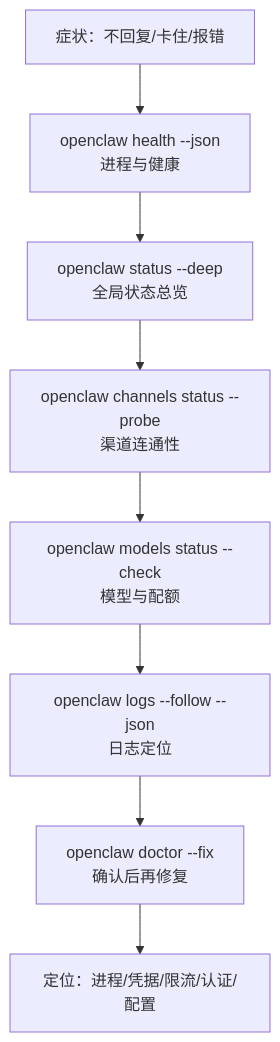
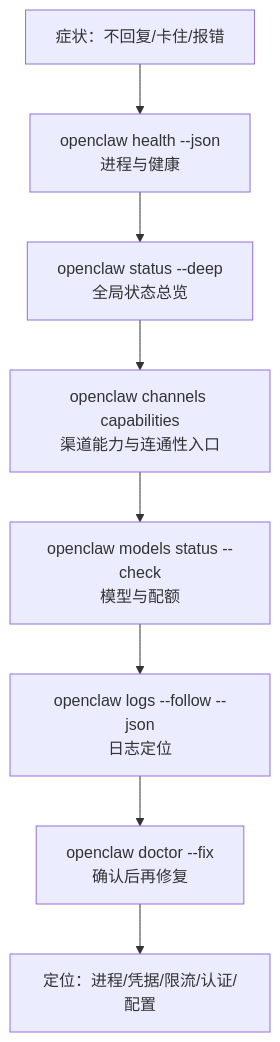
One commit to yeasy/openclaw_guide changed the diagram in 03_minimal_loop/3.2_diagnostics.md. Above: the diagram before and after it, drawn with Mermaid. The commit also changed other lines of this file and 14 other files, not shown here.

````diff
--- a/03_minimal_loop/3.2_diagnostics.md
+++ b/03_minimal_loop/3.2_diagnostics.md
@@ -20,10 +20,10 @@
 ```mermaid
 flowchart TD
     Start["症状：不回复/卡住/报错"] --> S1["openclaw health --json<br/>进程与健康"]
     S1 --> S1a["openclaw status --deep<br/>全局状态总览"]
-    S1a --> S2["openclaw channels status --probe<br/>渠道连通性"]
+    S1a --> S2["openclaw channels capabilities<br/>渠道能力与连通性入口"]
     S2 --> S3["openclaw models status --check<br/>模型与配额"]
     S3 --> S4["openclaw logs --follow --json<br/>日志定位"]
     S4 --> Fix["openclaw doctor --fix<br/>确认后再修复"]
     Fix --> End["定位：进程/凭据/限流/认证/配置"]
 ```
````
